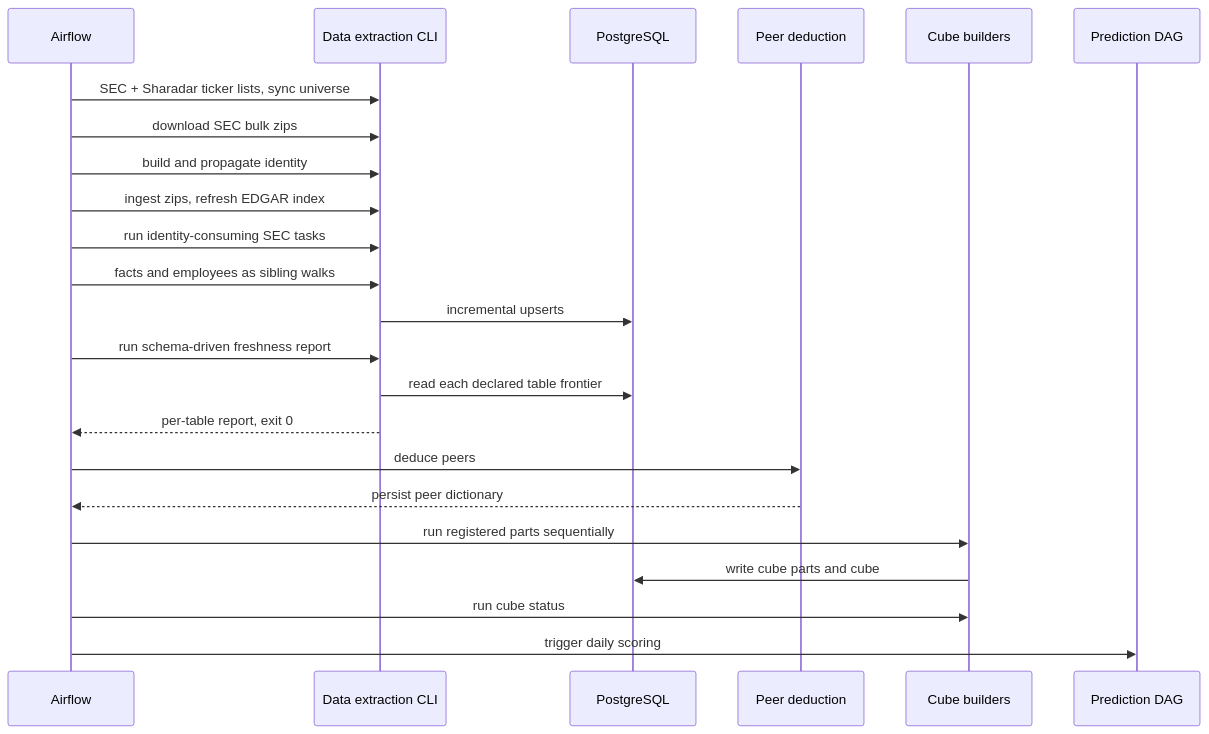
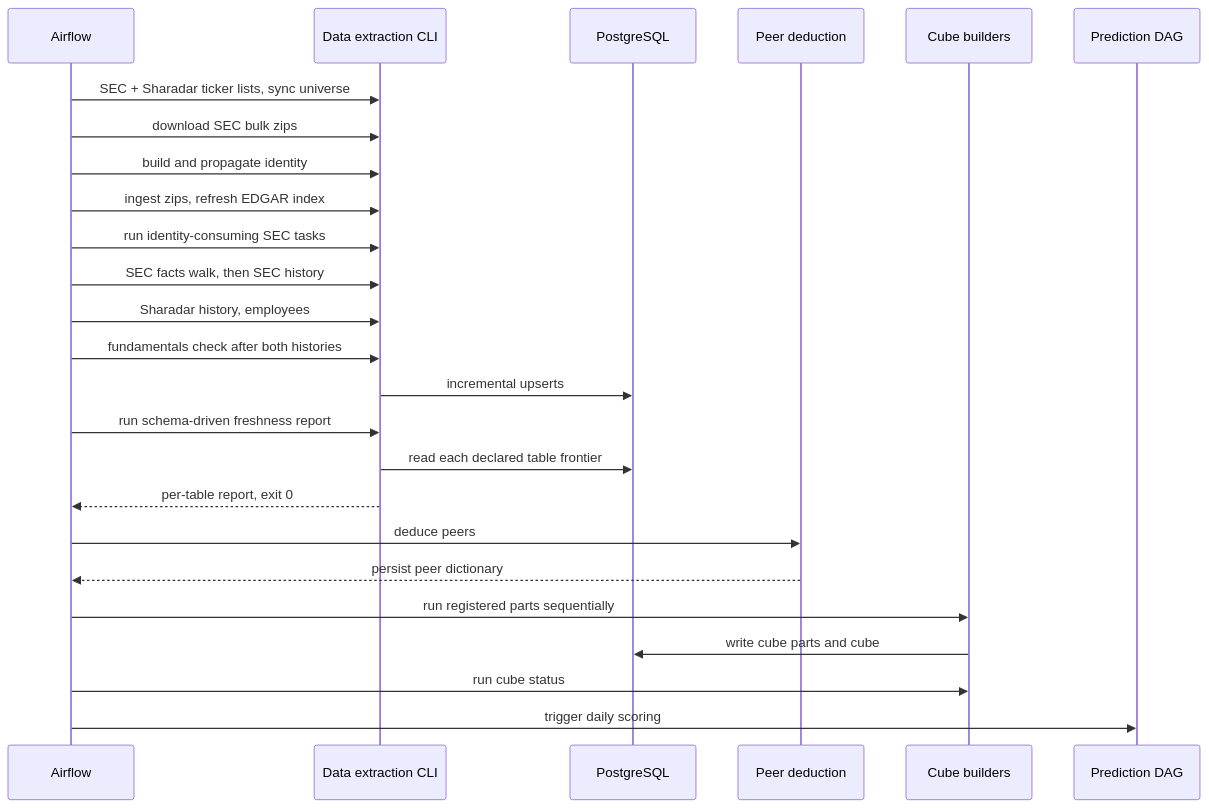
Before and after one commit to alexandredelarrard/PEA: the diagram in wiki/flows/nightly-data-refresh.md, drawn with Mermaid. The commit also changed other lines of this file and 50 other files, not shown here.

```diff
--- a/wiki/flows/nightly-data-refresh.md
+++ b/wiki/flows/nightly-data-refresh.md
@@ -21,25 +21,27 @@
 ~~~mermaid
 sequenceDiagram
   participant Airflow
   participant Extract as Data extraction CLI
   participant Store as PostgreSQL
   participant Peers as Peer deduction
   participant Cube as Cube builders
   participant Predict as Prediction DAG
   Airflow->>Extract: SEC + Sharadar ticker lists, sync universe
   Airflow->>Extract: download SEC bulk zips
   Airflow->>Extract: build and propagate identity
   Airflow->>Extract: ingest zips, refresh EDGAR index
   Airflow->>Extract: run identity-consuming SEC tasks
-  Airflow->>Extract: facts and employees as sibling walks
+  Airflow->>Extract: SEC facts walk, then SEC history
+  Airflow->>Extract: Sharadar history, employees
+  Airflow->>Extract: fundamentals check after both histories
   Extract->>Store: incremental upserts
   Airflow->>Extract: run schema-driven freshness report
   Extract->>Store: read each declared table frontier
   Extract-->>Airflow: per-table report, exit 0
   Airflow->>Peers: deduce peers
   Peers-->>Airflow: persist peer dictionary
   Airflow->>Cube: run registered parts sequentially
   Cube->>Store: write cube parts and cube
   Airflow->>Cube: run cube status
   Airflow->>Predict: trigger daily scoring
 ~~~
```
